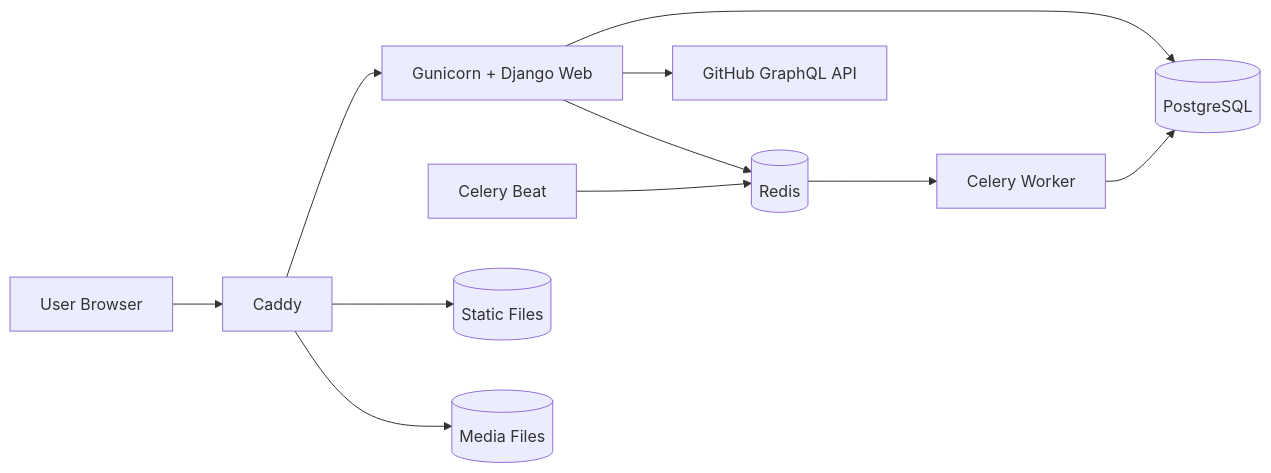
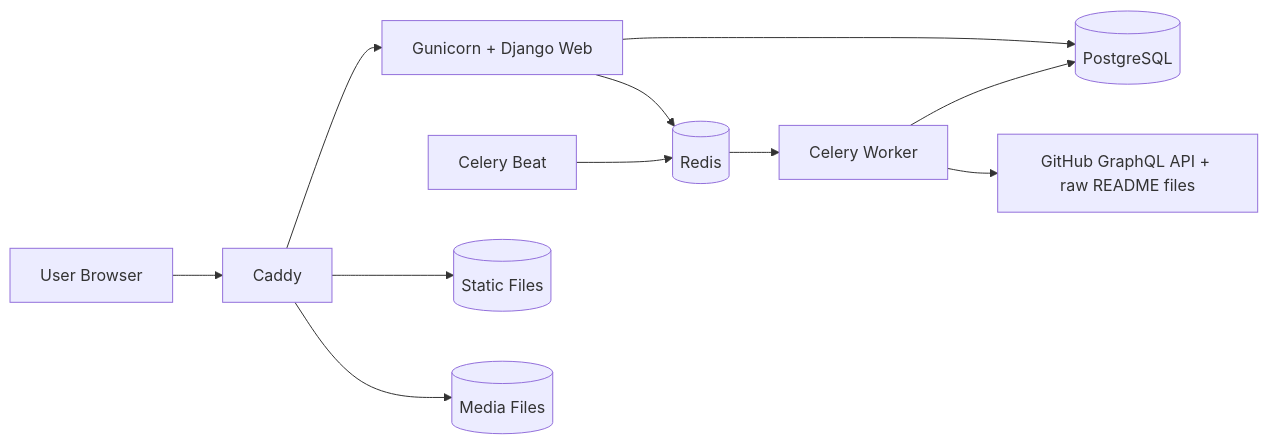
Before and after one commit to stokuj/my-django-portfolio: the first of 4 diagrams in docs/architecture.md, drawn with Mermaid. The commit also changed other lines of this file, not shown here.

Commit message:
docs: sync architecture.md with task logging, heatmap serving and admin auth (final sweep)

````diff
--- a/docs/architecture.md
+++ b/docs/architecture.md
@@ -21,13 +21,13 @@
 ```mermaid
 flowchart LR
     U[User Browser] --> C[Caddy]
     C --> W[Gunicorn + Django Web]
     W --> P[(PostgreSQL)]
     W --> R[(Redis)]
     R --> WK[Celery Worker]
     B[Celery Beat] --> R
     WK --> P
-    W --> G[GitHub GraphQL API]
+    WK --> G[GitHub GraphQL API + raw README files]
     C --> S[(Static Files)]
     C --> M[(Media Files)]
 ```
````
